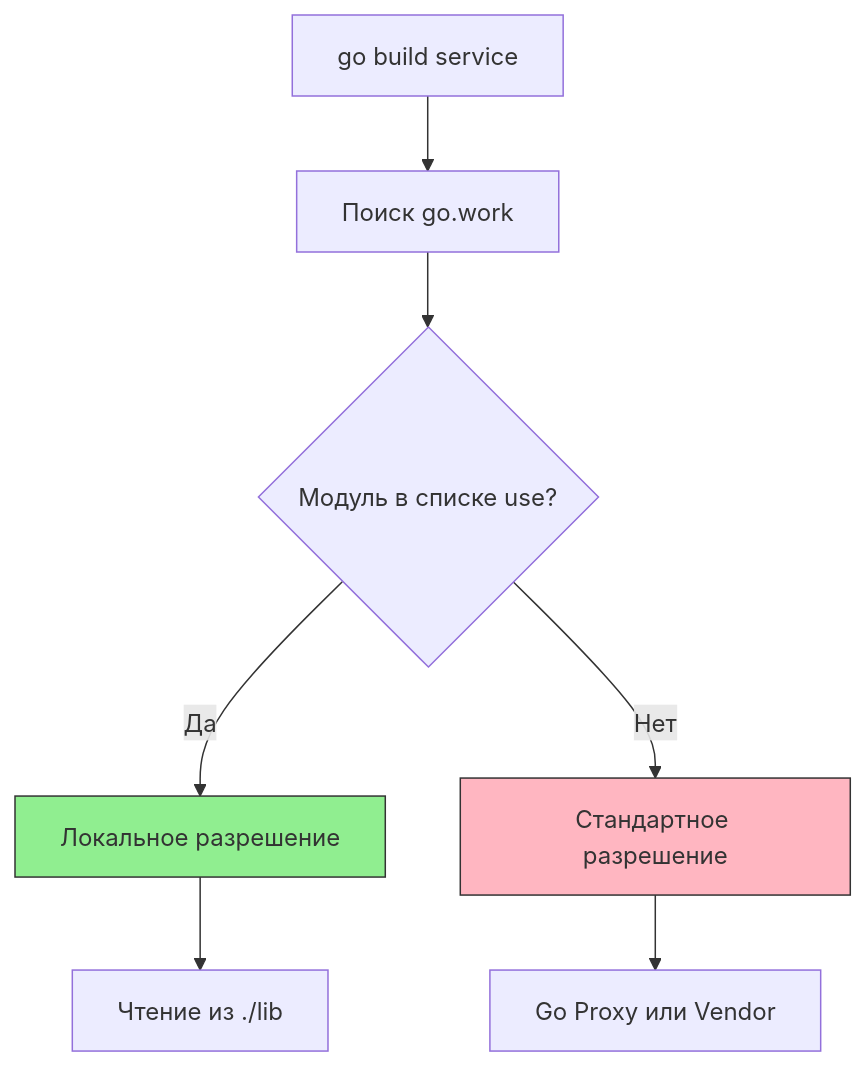
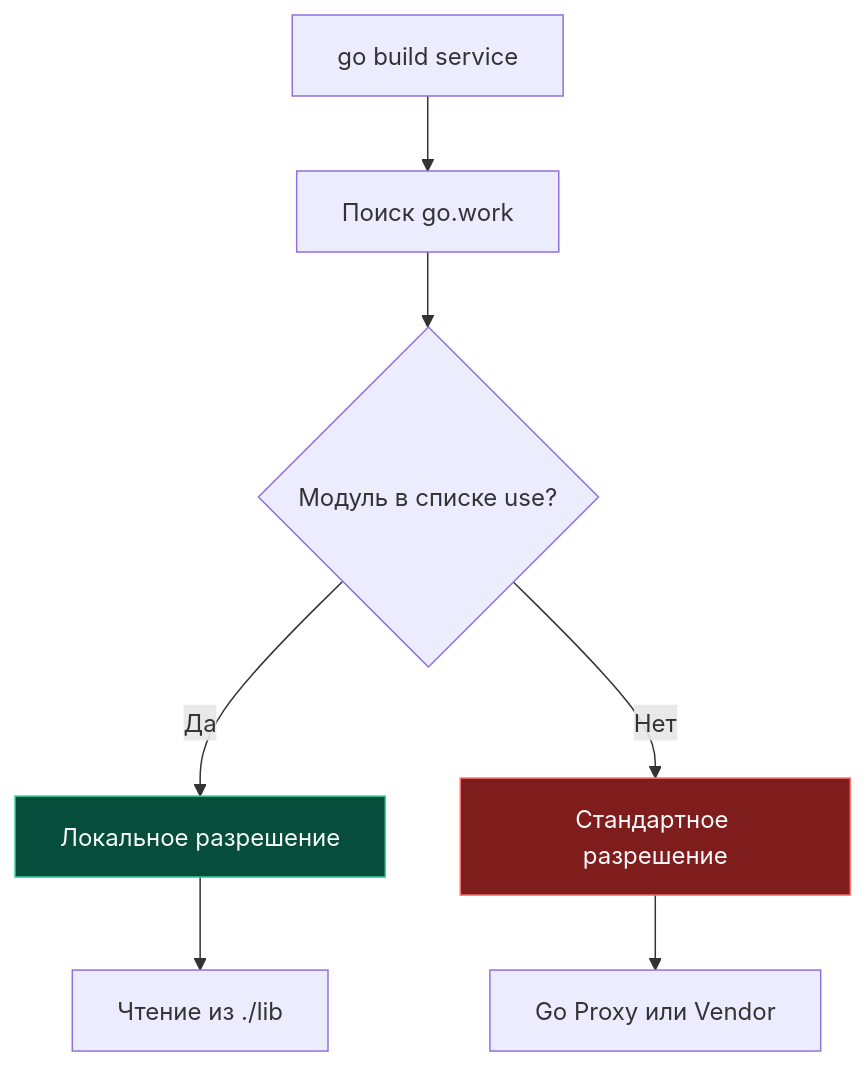
The diagram in sources/8. Инфраструктура языка, Тулинг и CI_CD/17. Workspaces. go work.md (UnrealTemplier/go-textbook), drawn with Mermaid before and after one commit. The commit also changed 310 other files, not shown here.

First line of the commit message:
fix(mermaid): replace light fill colors with dark palette for readability on dark theme

````diff
--- a/sources/8. Инфраструктура языка, Тулинг и CI_CD/17. Workspaces. go work.md
+++ b/sources/8. Инфраструктура языка, Тулинг и CI_CD/17. Workspaces. go work.md
@@ -44,14 +44,14 @@
 ```mermaid
 flowchart TD
     A["go build service"] --> B["Поиск go.work"]
     B --> C{"Модуль в списке use?"}
     
     C -- "Да" --> D["Локальное разрешение"]
     D --> E["Чтение из ./lib"]
     
     C -- "Нет" --> F["Стандартное разрешение"]
     F --> G["Go Proxy или Vendor"]
     
-    style D fill:#90EE90,stroke:#333
-    style F fill:#FFB6C1,stroke:#333
+    style D fill:#064e3b,stroke:#34d399,color:#f8fafc
+    style F fill:#7f1d1d,stroke:#f87171,color:#f8fafc
 ```
````
